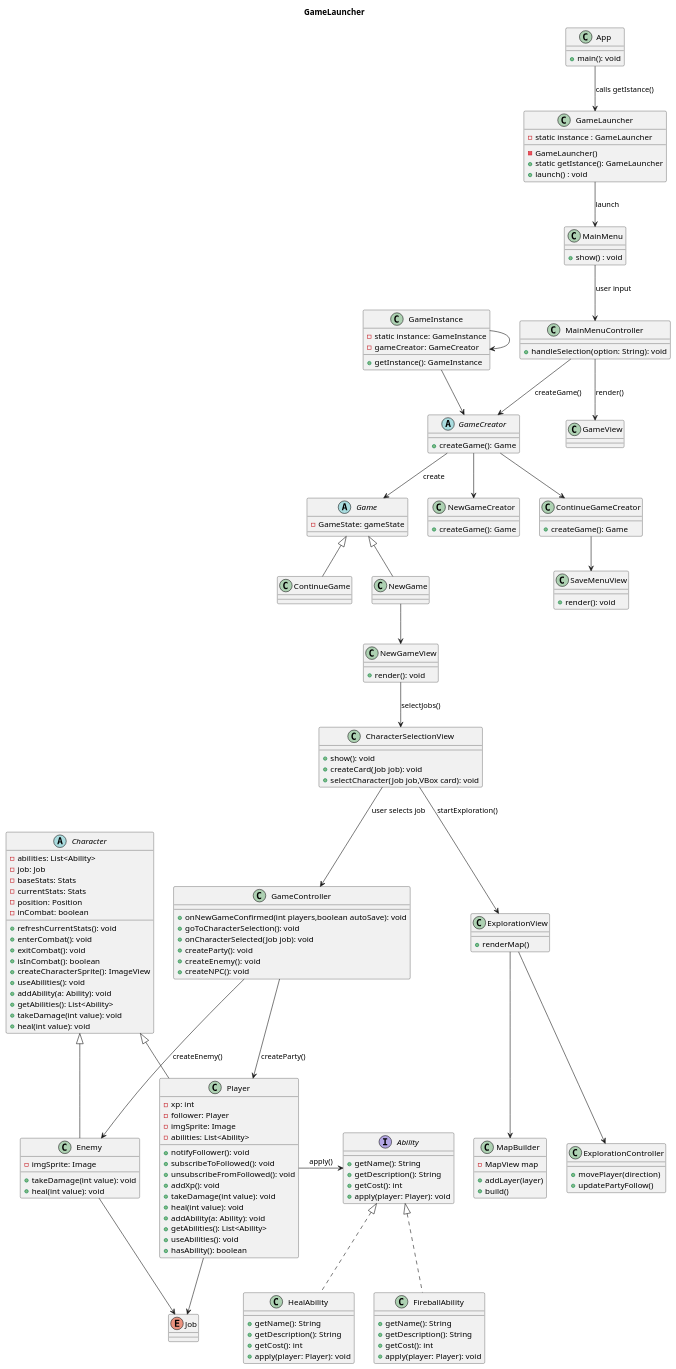
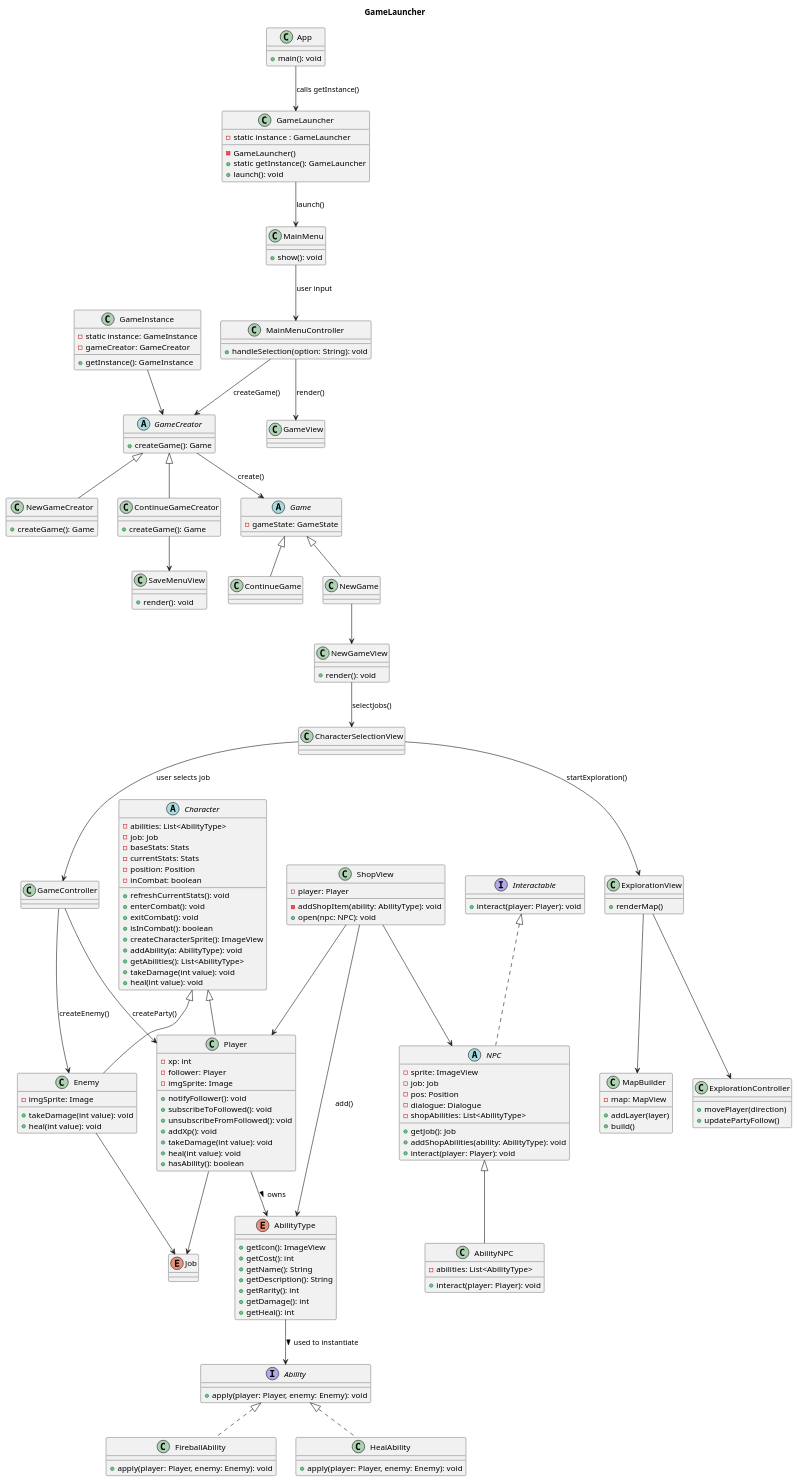
The diagram in user_stories_pml/The_Cycle.puml (samMM-cs/iss-team2), drawn with PlantUML before and after one commit. The commit also changed 14 other files, not shown here.

```diff
--- a/user_stories_pml/The_Cycle.puml
+++ b/user_stories_pml/The_Cycle.puml
@@ -2,49 +2,54 @@
 
 title GameLauncher
 
-class App{
+' ===========================
+' Launcher & Menu
+' ===========================
+
+class App {
     + main(): void
 }
-App-->GameLauncher: calls getIstance()
+App --> GameLauncher : calls getInstance()
 
-class GameLauncher{
+class GameLauncher {
     - static instance : GameLauncher
     - GameLauncher()
-    +static getIstance(): GameLauncher
-    + launch() : void
+    + static getInstance(): GameLauncher
+    + launch(): void
 }
 
-class MainMenu{
-    +show() : void
+class MainMenu {
+    + show(): void
 }
 
-GameLauncher-->MainMenu: launch
+GameLauncher --> MainMenu : launch()
 
-abstract class GameCreator{
+' ===========================
+' Game Creation (Factory Method)
+' ===========================
+
+abstract class GameCreator {
     + createGame(): Game
 }
 
-class NewGameCreator{
+class NewGameCreator {
     + createGame(): Game
 }
 
-class ContinueGameCreator{
+class ContinueGameCreator {
     + createGame(): Game
 }
 
-GameCreator -down-> NewGameCreator
-GameCreator -down-> ContinueGameCreator
-GameCreator --> Game : create
+GameCreator <|-- NewGameCreator
+GameCreator <|-- ContinueGameCreator
+GameCreator --> Game : create()
 
-abstract class Game{
-    - GameState: gameState
+abstract class Game {
+    - gameState: GameState
 }
 
-class NewGame{}
-class ContinueGame{}
-
-class NewGame {}
-class ContinueGame {}
+class NewGame
+class ContinueGame
 
 Game <|-- NewGame
 Game <|-- ContinueGame
@@ -52,6 +57,7 @@
 class NewGameView {
     + render(): void
 }
+
 class SaveMenuView {
     + render(): void
 }
@@ -59,7 +65,10 @@
 NewGame --> NewGameView
 ContinueGameCreator --> SaveMenuView
 
-' ===== Singleton GameInstance =====
+' ===========================
+' Singleton GameInstance
+' ===========================
+
 class GameInstance {
     - static instance: GameInstance
     - gameCreator: GameCreator
@@ -67,9 +76,8 @@
 }
 
 GameInstance --> GameCreator
-GameInstance --> GameInstance
 
-class MainMenuController{
+class MainMenuController {
     + handleSelection(option: String): void
 }
 
@@ -77,113 +85,143 @@
 MainMenuController --> GameCreator : createGame()
 MainMenuController --> GameView : render()
 
-'Choose character job, uso Abstract Factory'
-abstract class Character{
-    -abilities: List<Ability>
+' ===========================
+' Character Creation (Abstract Factory)
+' ===========================
+
+abstract class Character {
+    - abilities: List<AbilityType>
     - job: Job
-    -baseStats: Stats
-    -currentStats: Stats
-    -position: Position
-    -inCombat: boolean
-    +refreshCurrentStats(): void
-    +enterCombat(): void
-    +exitCombat(): void
-    +isInCombat(): boolean
-    +createCharacterSprite(): ImageView
-    +useAbilities(): void
-    +addAbility(a: Ability): void
-    +getAbilities(): List<Ability>
-    +takeDamage(int value): void
-    +heal(int value): void
+    - baseStats: Stats
+    - currentStats: Stats
+    - position: Position
+    - inCombat: boolean
+
+    + refreshCurrentStats(): void
+    + enterCombat(): void
+    + exitCombat(): void
+    + isInCombat(): boolean
+    + createCharacterSprite(): ImageView
+    + addAbility(a: AbilityType): void
+    + getAbilities(): List<AbilityType>
+    + takeDamage(int value): void
+    + heal(int value): void
 }
 
-class Player extends Character{
+class Player extends Character {
     - xp: int
     - follower: Player
     - imgSprite: Image
-    - abilities: List<Ability>
-    +notifyFollower(): void
-    +subscribeToFollowed(): void
-    +unsubscribeFromFollowed(): void
-    +addXp(): void
-    +takeDamage(int value): void
-    +heal(int value): void
-    +addAbility(a: Ability): void
-    +getAbilities(): List<Ability>
-    +useAbilities(): void
-    +hasAbility(): boolean
-}
-class Enemy extends Character{
-    - imgSprite: Image
-    +takeDamage(int value): void
-    +heal(int value): void
+
+    + notifyFollower(): void
+    + subscribeToFollowed(): void
+    + unsubscribeFromFollowed(): void
+    + addXp(): void
+    + takeDamage(int value): void
+    + heal(int value): void
+    + hasAbility(): boolean
 }
 
-class CharacterSelectionView{
-    +show(): void
-    +createCard(Job job): void
-    +selectCharacter(Job job,VBox card): void
-}
-class GameController{
-    +onNewGameConfirmed(int players,boolean autoSave): void
-    +goToCharacterSelection(): void
-    +onCharacterSelected(Job job): void
-    +createParty(): void
-    +createEnemy():  void
-    +createNPC(): void
-
-}
-enum Job{}
-CharacterSelectionView-->GameController: user selects job
-NewGameView-->CharacterSelectionView: selectJobs()
-GameController-->Player:createParty()
-GameController-->Enemy:createEnemy()
-Player-->Job
-Enemy-->Job
-
-'Character Evolution, Strategy'
-interface Ability{
-    +getName(): String
-    +getDescription(): String
-    +getCost(): int
-    +apply(player: Player): void
+class Enemy extends Character {
+    - imgSprite: Image
+    + takeDamage(int value): void
+    + heal(int value): void
 }
 
-class FireballAbility implements Ability{
-    +getName(): String
-    +getDescription(): String
-    +getCost(): int
-    +apply(player: Player): void
+interface Interactable {
+    + interact(player: Player): void
 }
 
-class HealAbility implements Ability{
-    +getName(): String
-    +getDescription(): String
-    +getCost(): int
-    +apply(player: Player): void
+abstract class NPC implements Interactable {
+    - sprite: ImageView
+    - job: Job
+    - pos: Position
+    - dialogue: Dialogue
+    - shopAbilities: List<AbilityType>
+
+    + getJob(): Job
+    + addShopAbilities(ability: AbilityType): void
+    + interact(player: Player): void
 }
 
-Player->Ability: apply()
+class AbilityNPC extends NPC {
+    - abilities: List<AbilityType>
+    + interact(player: Player): void
+}
 
-'Builder'
+enum Job
 
-class MapBuilder{
-    - MapView map
+CharacterSelectionView --> GameController : user selects job
+NewGameView --> CharacterSelectionView : selectJobs()
+GameController --> Player : createParty()
+GameController --> Enemy : createEnemy()
+Player --> Job
+Enemy --> Job
+
+' ===========================
+' Strategy Pattern (Abilities)
+' ===========================
+
+interface Ability {
+    + apply(player: Player, enemy: Enemy): void
+}
+
+enum AbilityType {
+    + getIcon(): ImageView
+    + getCost(): int
+    + getName(): String
+    + getDescription(): String
+    + getRarity(): int
+    + getDamage(): int
+    + getHeal(): int
+}
+
+class FireballAbility implements Ability {
+    + apply(player: Player, enemy: Enemy): void
+}
+
+class HealAbility implements Ability {
+    + apply(player: Player, enemy: Enemy): void
+}
+
+Player --> AbilityType : owns >
+AbilityType --> Ability : used to instantiate >
+
+' ===========================
+' Shop
+' ===========================
+
+class ShopView {
+    - player: Player
+    - addShopItem(ability: AbilityType): void
+    + open(npc: NPC): void
+}
+
+ShopView --> Player
+ShopView --> NPC
+ShopView --> AbilityType : add()
+
+' ===========================
+' Builder Pattern (Map)
+' ===========================
+
+class MapBuilder {
+    - map: MapView
     + addLayer(layer)
     + build()
 }
 
-  class ExplorationView {
+class ExplorationView {
     + renderMap()
-  }
+}
 
-  class ExplorationController {
+class ExplorationController {
     + movePlayer(direction)
     + updatePartyFollow()
-  }
+}
 
-  ExplorationView --> ExplorationController
-  ExplorationView --> MapBuilder
+ExplorationView --> ExplorationController
+ExplorationView --> MapBuilder
+CharacterSelectionView --> ExplorationView : startExploration()
 
-  CharacterSelectionView-->ExplorationView: startExploration()
 @enduml
```
